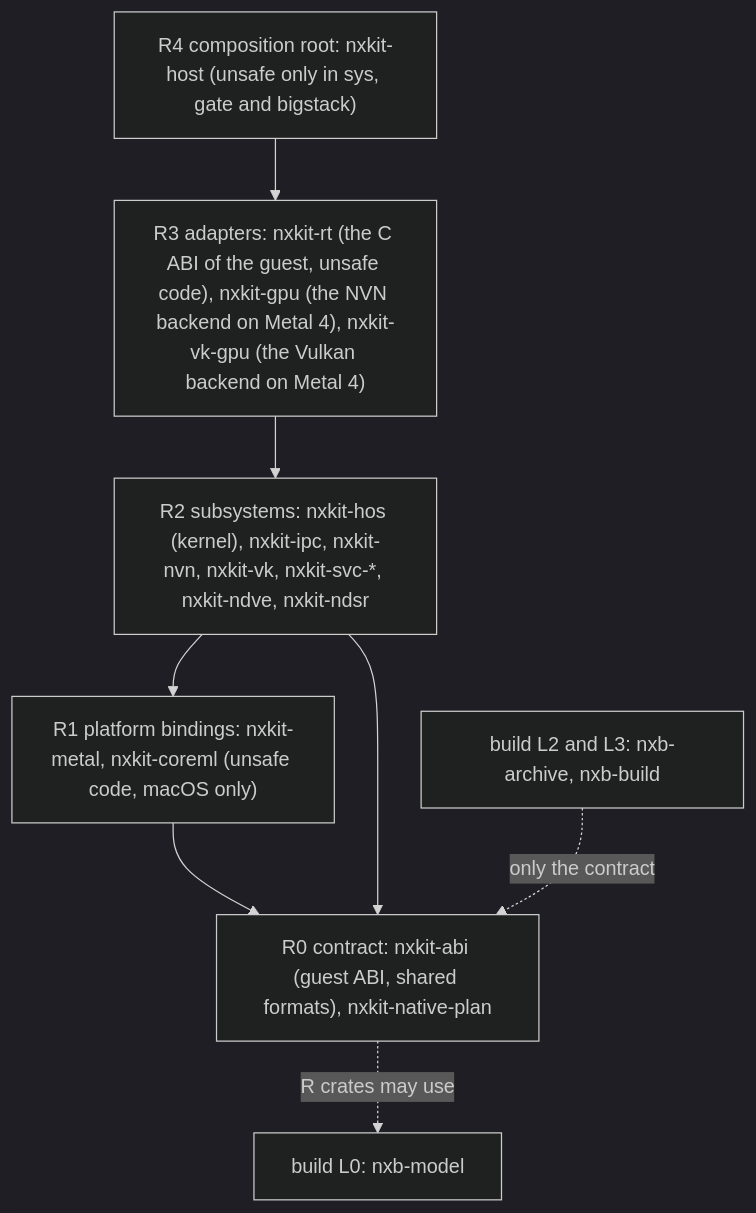
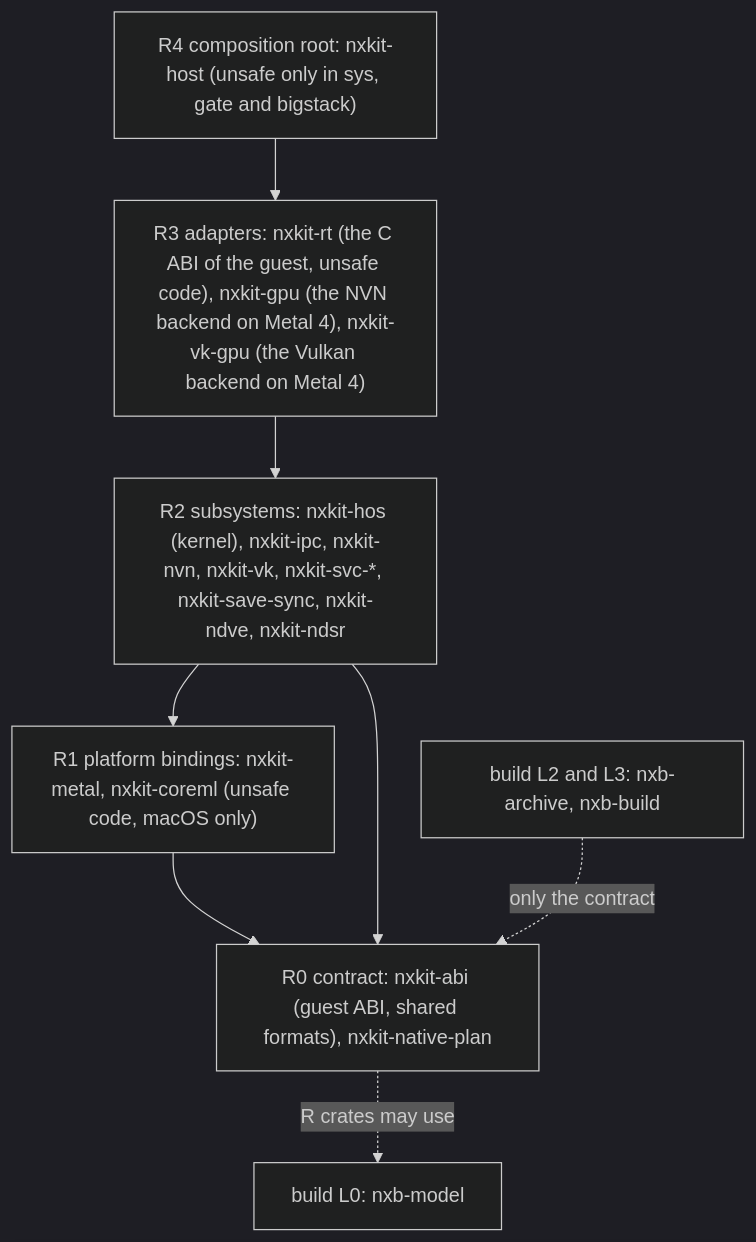
The second of 3 diagrams in docs/architecture.md (b4f8abbb24dbf56a7d0280f296e16eeb/nxkit), drawn with Mermaid (dark theme) before and after one commit. The commit also changed other lines of this file and 35 other files, not shown here.

````diff
--- a/docs/architecture.md
+++ b/docs/architecture.md
@@ -41,12 +41,12 @@
 ```mermaid
 flowchart TD
   R4["R4 composition root: nxkit-host (unsafe only in sys, gate and bigstack)"]
   R3["R3 adapters: nxkit-rt (the C ABI of the guest, unsafe code), nxkit-gpu (the NVN backend on Metal 4), nxkit-vk-gpu (the Vulkan backend on Metal 4)"]
-  R2["R2 subsystems: nxkit-hos (kernel), nxkit-ipc, nxkit-nvn, nxkit-vk, nxkit-svc-*, nxkit-ndve, nxkit-ndsr"]
+  R2["R2 subsystems: nxkit-hos (kernel), nxkit-ipc, nxkit-nvn, nxkit-vk, nxkit-svc-*, nxkit-save-sync, nxkit-ndve, nxkit-ndsr"]
   R1["R1 platform bindings: nxkit-metal, nxkit-coreml (unsafe code, macOS only)"]
   R0["R0 contract: nxkit-abi (guest ABI, shared formats), nxkit-native-plan"]
   R4 --> R3 --> R2 --> R1 --> R0
   R2 --> R0
   R0 -.->|R crates may use| BL0["build L0: nxb-model"]
   BL3["build L2 and L3: nxb-archive, nxb-build"] -.->|only the contract| R0
 ```
````
